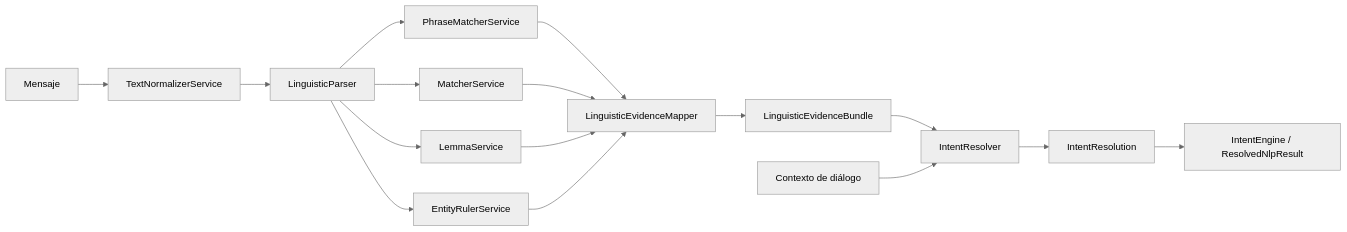
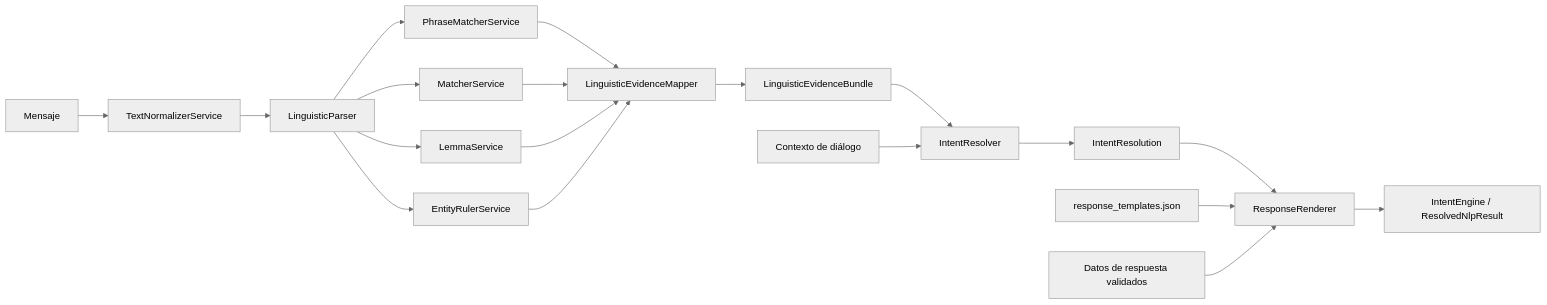
One commit to fomoro/Spacy changed the diagram in fases/core_nlp_engine_sm/arquitectura.md. Above: the diagram before and after it, drawn with Mermaid (neutral theme). The commit also changed other lines of this file and 13 other files, not shown here.

````diff
--- a/fases/core_nlp_engine_sm/arquitectura.md
+++ b/fases/core_nlp_engine_sm/arquitectura.md
@@ -7,18 +7,21 @@
 ```mermaid
 flowchart LR
     A[Mensaje] --> B[TextNormalizerService]
     B --> C[LinguisticParser]
     C --> D[PhraseMatcherService]
     C --> E[MatcherService]
     C --> F[LemmaService]
     C --> G[EntityRulerService]
     D --> M[LinguisticEvidenceMapper]
     E --> M
     F --> M
     G --> M
     M --> H[LinguisticEvidenceBundle]
     H --> I[IntentResolver]
     J[Contexto de diálogo] --> I
     I --> K[IntentResolution]
-    K --> L[IntentEngine / ResolvedNlpResult]
+    K --> R[ResponseRenderer]
+    T[response_templates.json] --> R
+    V[Datos de respuesta validados] --> R
+    R --> L[IntentEngine / ResolvedNlpResult]
 ```
````
